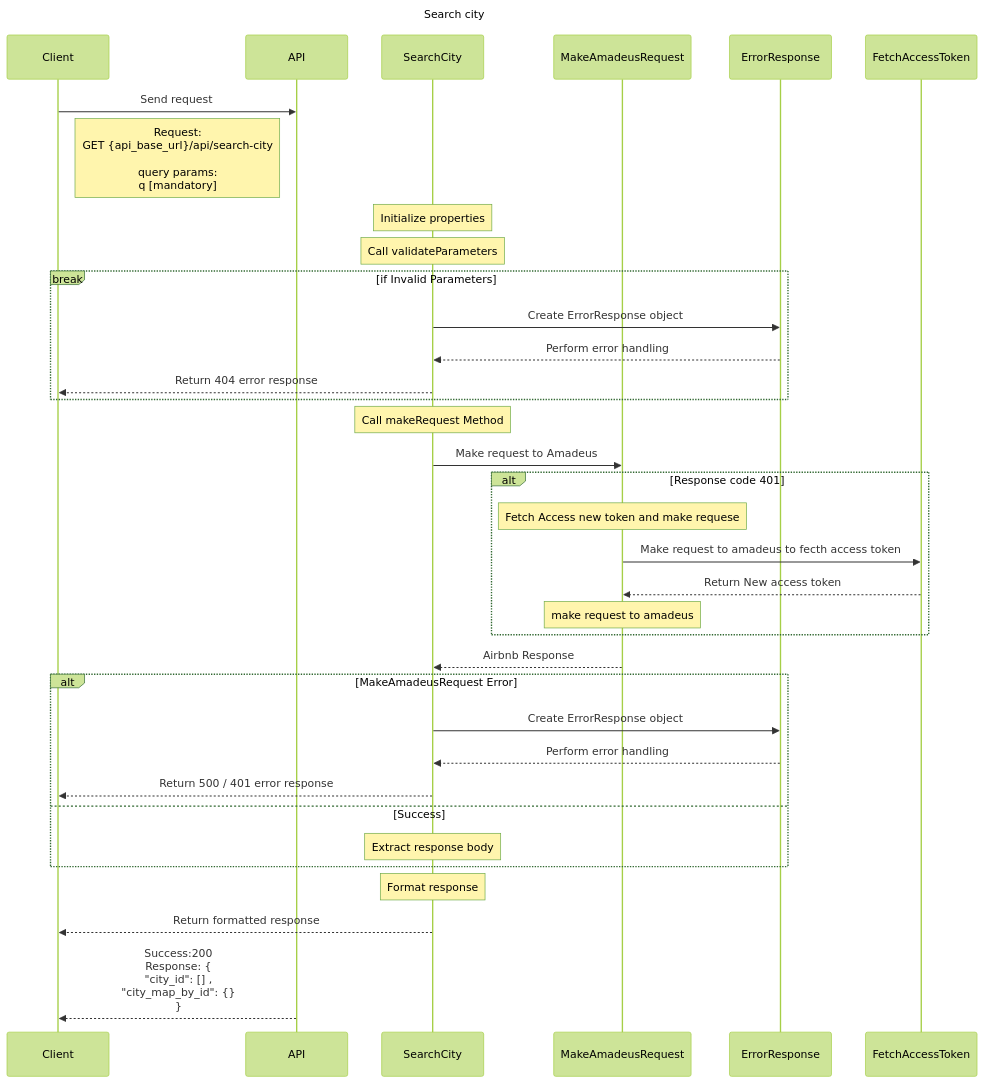
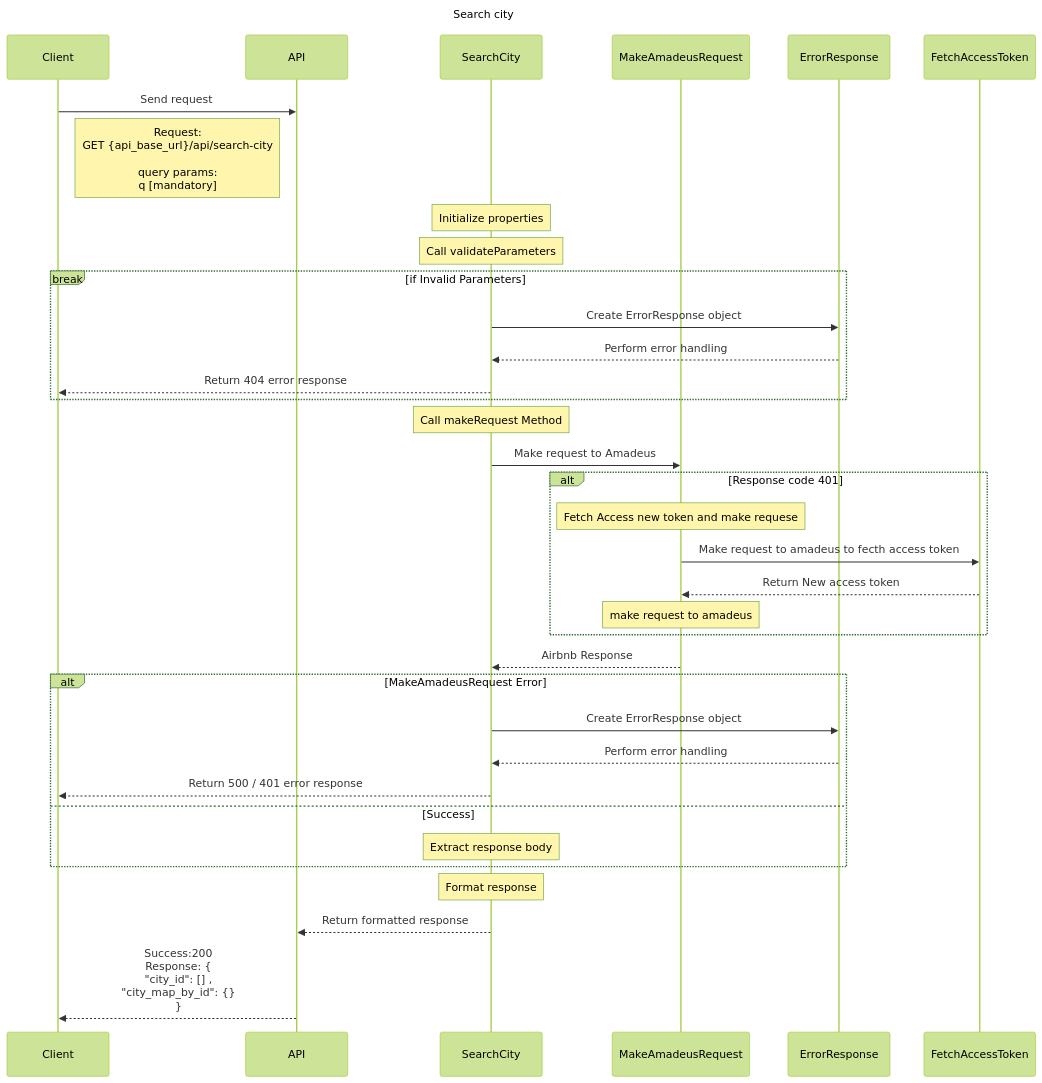
One commit to yagnik159/travel-planner-ai changed the diagram in docs/sequenceDiagrams/SearchCity.mermaid. Above: the diagram before and after it, drawn with Mermaid (forest theme). The commit also changed 2 other files, not shown here.

Commit message:
Updated sequence diagrams

```diff
--- a/docs/sequenceDiagrams/SearchCity.mermaid
+++ b/docs/sequenceDiagrams/SearchCity.mermaid
@@ -1,44 +1,44 @@
 sequenceDiagram
     title Search city
     participant Client
     participant API
     participant SearchCity
     participant MakeAmadeusRequest
     participant ErrorResponse
     participant FetchAccessToken
 
     Client->>API: Send request 
     note right of Client:  Request: <br>GET {api_base_url}/api/search-city<br><br>query params:  <br>q [mandatory]
     note over SearchCity: Initialize properties
     note over SearchCity: Call validateParameters 
     
     break if Invalid Parameters
         SearchCity ->> ErrorResponse: Create ErrorResponse object
         ErrorResponse -->> SearchCity: Perform error handling
         SearchCity -->> Client: Return 404 error response
     end
 
     note over SearchCity: Call makeRequest Method
 
     SearchCity ->> MakeAmadeusRequest: Make request to Amadeus
     alt Response code 401
         note over MakeAmadeusRequest: Fetch Access new token and make requese
         MakeAmadeusRequest ->> FetchAccessToken: Make request to amadeus to fecth access token
         FetchAccessToken-->>MakeAmadeusRequest: Return New access token
         note over MakeAmadeusRequest: make request to amadeus
     end
     MakeAmadeusRequest-->> SearchCity: Airbnb Response
 
 
     alt MakeAmadeusRequest Error
         SearchCity ->> ErrorResponse: Create ErrorResponse object
         ErrorResponse -->> SearchCity: Perform error handling
         SearchCity -->> Client: Return 500 / 401 error response
     else Success
         note over SearchCity: Extract response body
     end
 
     note over SearchCity: Format response
-    SearchCity -->> Client: Return formatted response
+    SearchCity -->> API: Return formatted response
 
     API -->> Client: Success:200<br>Response: {<br>  "city_id": [] ,<br>  "city_map_by_id": {}<br>}
```
